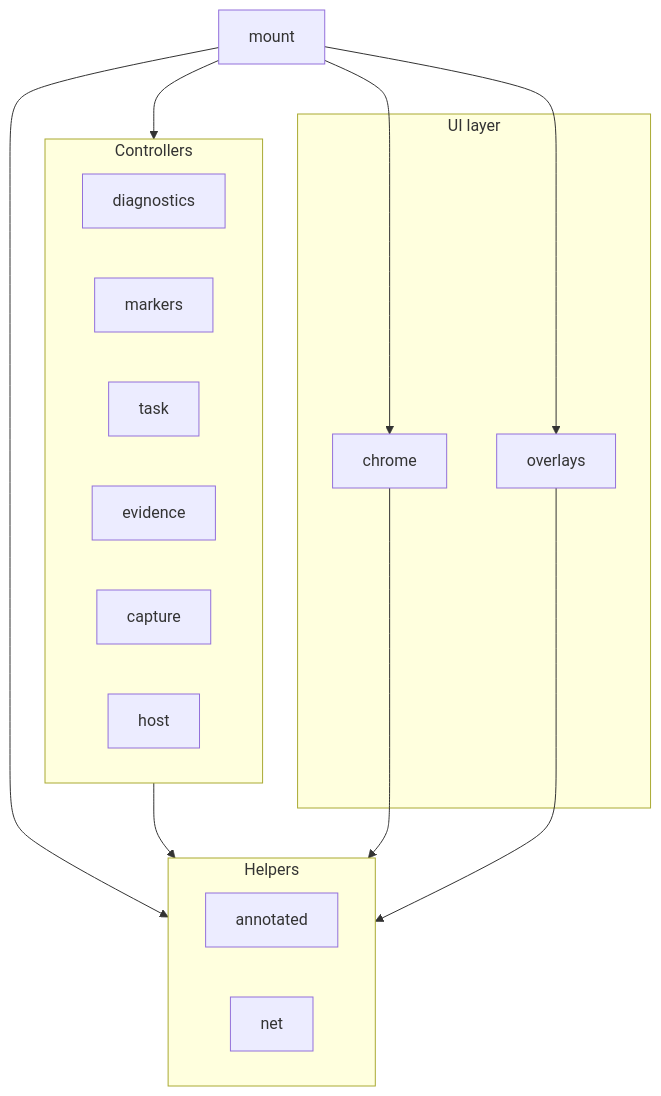
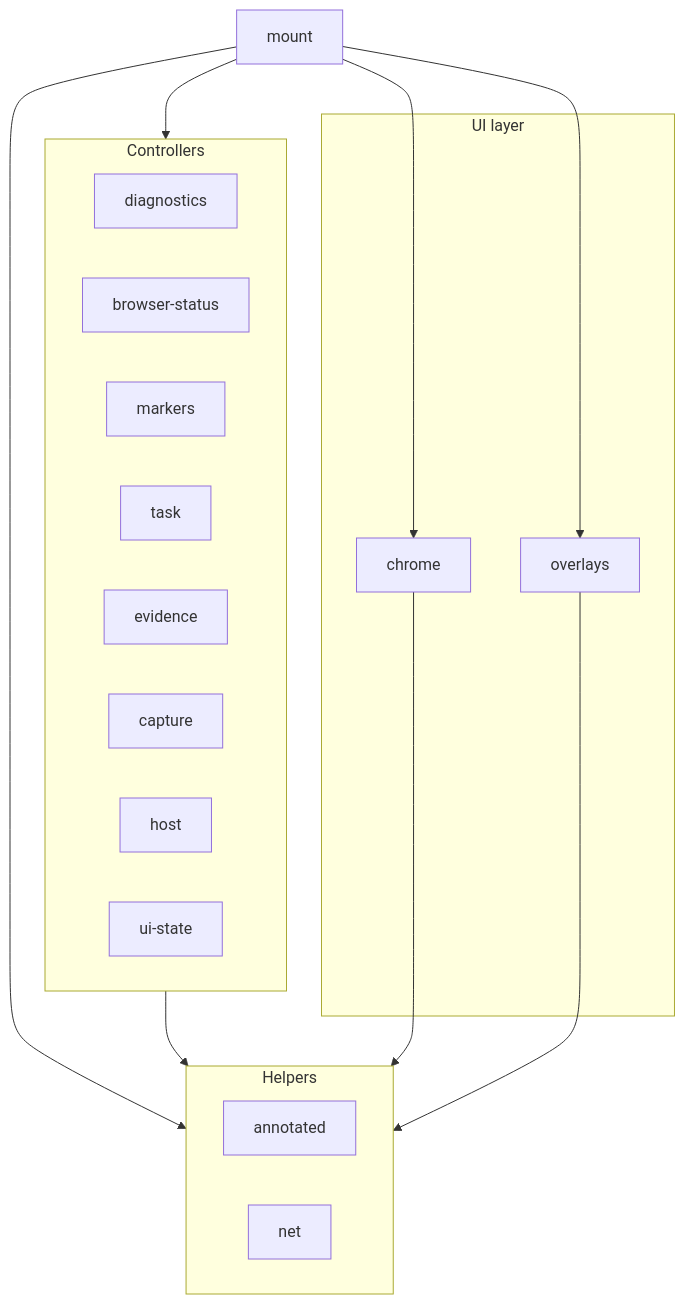
The second of 2 diagrams in docs/architecture.md (gchust/agent-annotations), drawn with Mermaid before and after one commit. The commit also changed other lines of this file and 20 other files, not shown here.

````diff
--- a/docs/architecture.md
+++ b/docs/architecture.md
@@ -56,26 +62,28 @@
 ```mermaid
 flowchart TB
     subgraph Helpers
         annotated
         net
     end
     subgraph Controllers
         diagnostics
+        browser-status
         markers
         task
         evidence
         capture
         host
+        ui-state
     end
     subgraph UI layer
         chrome
         overlays
     end
     mount --> chrome
     mount --> overlays
     mount --> Controllers
     mount --> Helpers
     Controllers --> Helpers
     chrome --> Helpers
     overlays --> Helpers
 ```
````
